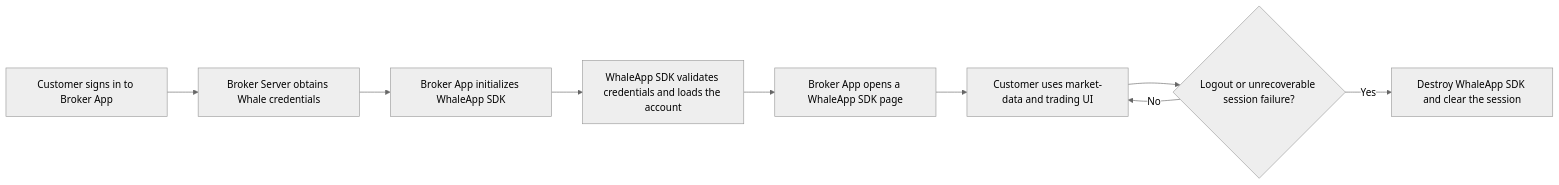
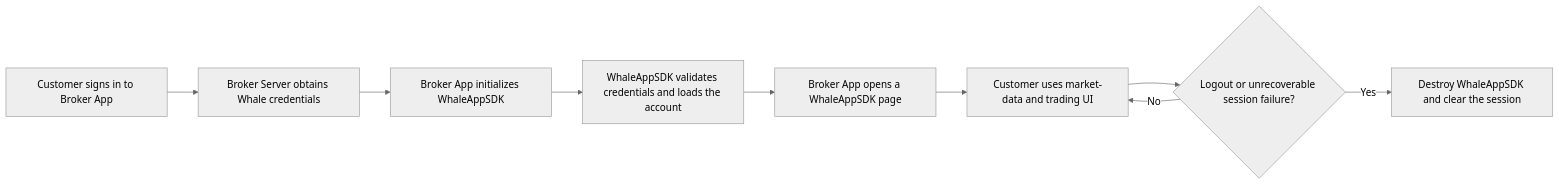
The diagram in docs/en/whalesdk/whaleapp/overview.mdx (longbridge/whale-docs), drawn with Mermaid (neutral theme) before and after one commit. The commit also changed other lines of this file and 120 other files, not shown here.

````diff
--- a/docs/en/whalesdk/whaleapp/overview.mdx
+++ b/docs/en/whalesdk/whaleapp/overview.mdx
@@ -8,11 +8,11 @@
 ```mermaid
 flowchart LR
     A[Customer signs in to Broker App] --> B[Broker Server obtains Whale credentials]
-    B --> C[Broker App initializes WhaleApp SDK]
-    C --> D[WhaleApp SDK validates credentials and loads the account]
-    D --> E[Broker App opens a WhaleApp SDK page]
+    B --> C[Broker App initializes WhaleAppSDK]
+    C --> D[WhaleAppSDK validates credentials and loads the account]
+    D --> E[Broker App opens a WhaleAppSDK page]
     E --> F[Customer uses market-data and trading UI]
     F --> G{Logout or unrecoverable session failure?}
     G -- No --> F
-    G -- Yes --> H[Destroy WhaleApp SDK and clear the session]
+    G -- Yes --> H[Destroy WhaleAppSDK and clear the session]
 ```
````
